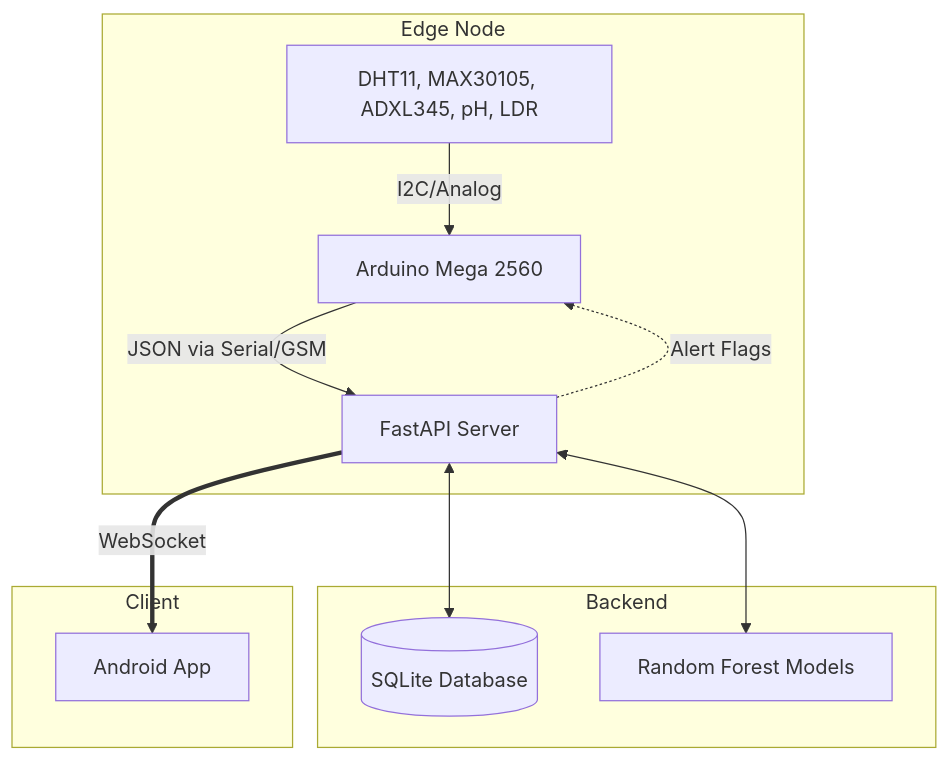
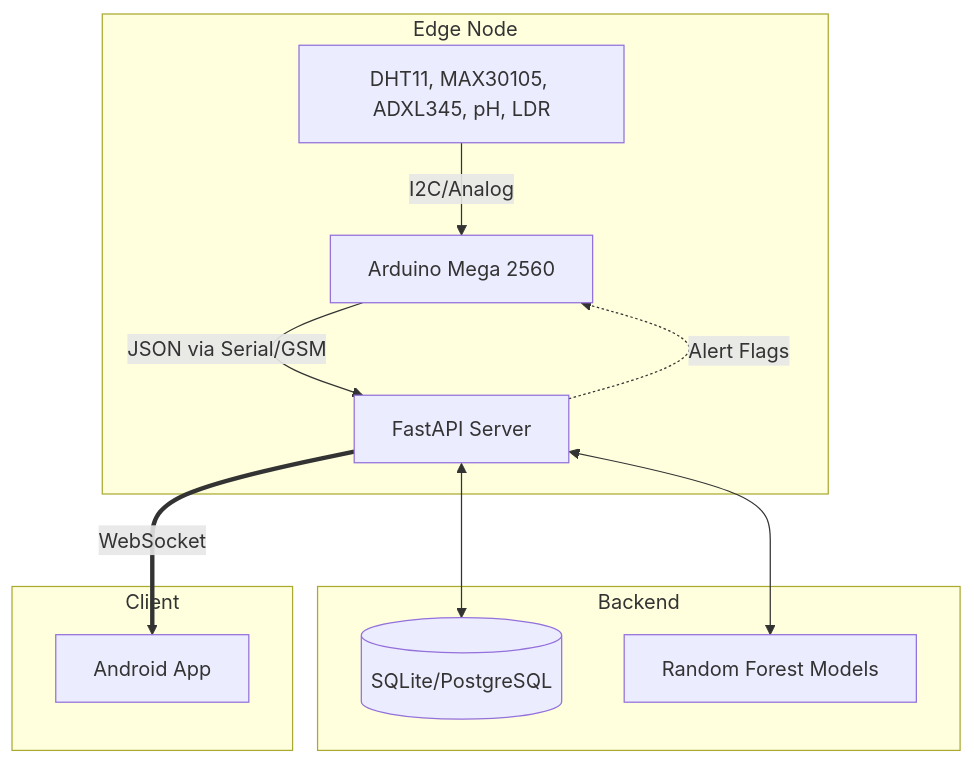
The diagram in README.md (deekshudevang/smart-cattel), drawn with Mermaid before and after one commit. The commit also changed other lines of this file and 11 other files, not shown here.

Commit message:
feat: production upgrade - test suite, hardware serials, prod architecture

````diff
--- a/README.md
+++ b/README.md
@@ -25,17 +25,17 @@
 ```mermaid
 graph TD
     subgraph Edge Node
     Sensors[DHT11, MAX30105, ADXL345, pH, LDR] -->|I2C/Analog| Arduino[Arduino Mega 2560]
     Arduino -->|JSON via Serial/GSM| FastAPI
     end
     
     subgraph Backend
-    FastAPI[FastAPI Server] <--> DB[(SQLite Database)]
+    FastAPI[FastAPI Server] <--> DB[(SQLite/PostgreSQL)]
     FastAPI <--> ML[Random Forest Models]
     end
     
     subgraph Client
     FastAPI == WebSocket ==> Android[Android App]
     FastAPI -.->|Alert Flags| Arduino
     end
 ```
````
